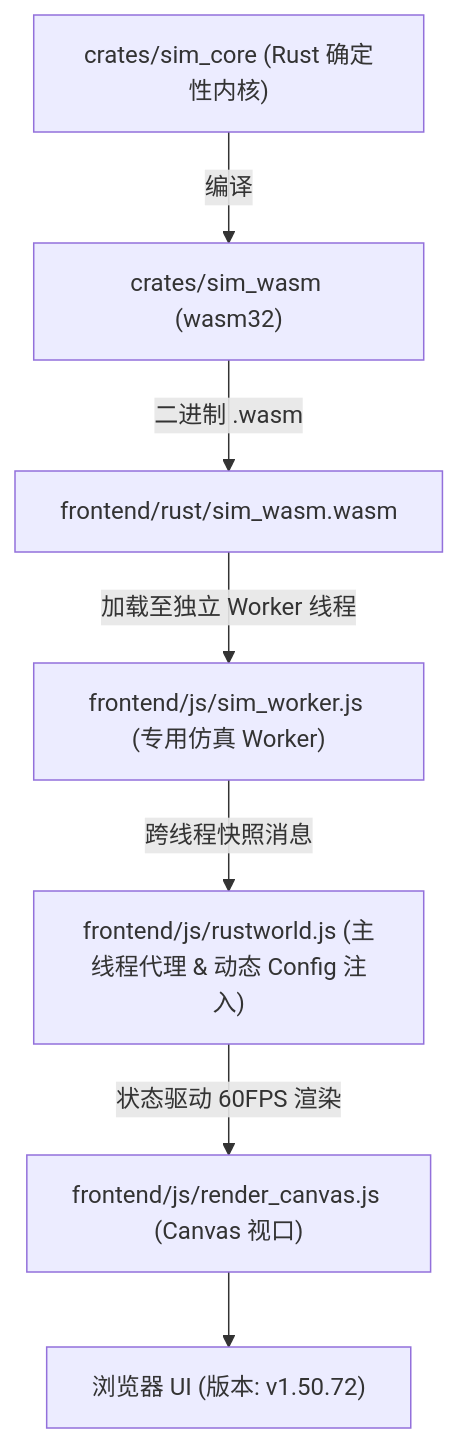
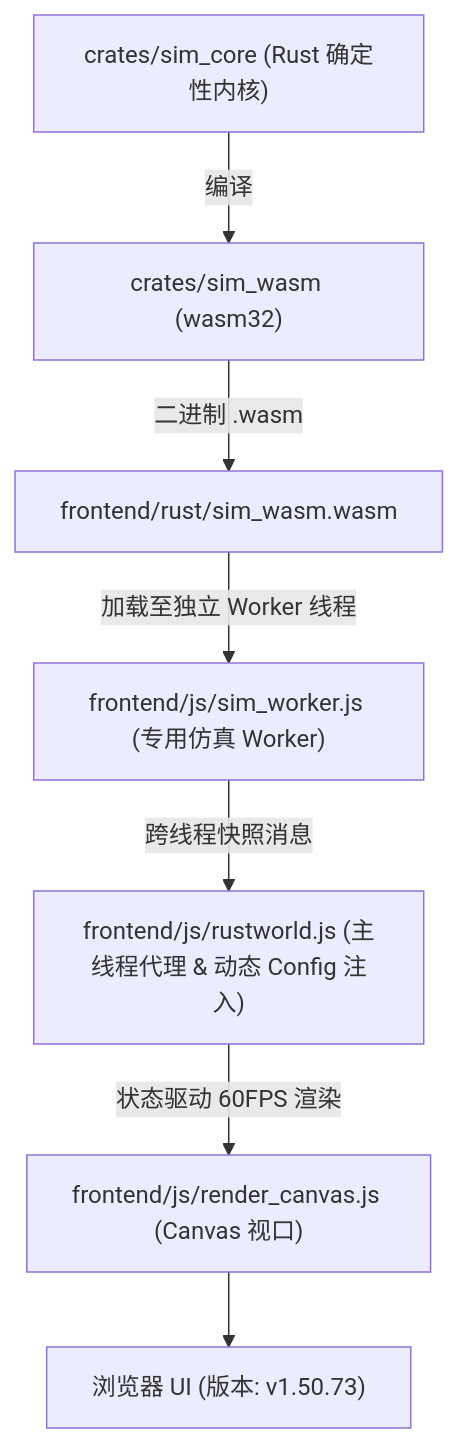
Before and after one commit to g39088902/FlowAndAccord: the diagram in AGENTS.md, drawn with Mermaid. The commit also changed other lines of this file and 14 other files, not shown here.

````diff
--- a/AGENTS.md
+++ b/AGENTS.md
@@ -61,10 +61,10 @@
 ```mermaid
 graph TD
     A["crates/sim_core (Rust 确定性内核)"] -->|编译| B["crates/sim_wasm (wasm32)"]
     B -->|二进制 .wasm| C["frontend/rust/sim_wasm.wasm"]
     C -->|加载至独立 Worker 线程| D["frontend/js/sim_worker.js (专用仿真 Worker)"]
     D -->|跨线程快照消息| E["frontend/js/rustworld.js (主线程代理 & 动态 Config 注入)"]
     E -->|状态驱动 60FPS 渲染| F["frontend/js/render_canvas.js (Canvas 视口)"]
-    F --> G["浏览器 UI (版本: v1.50.72)"]
+    F --> G["浏览器 UI (版本: v1.50.73)"]
 
 ```
````
